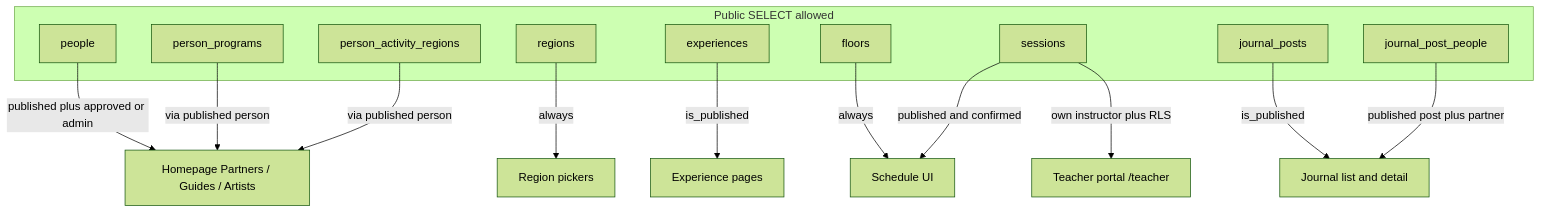
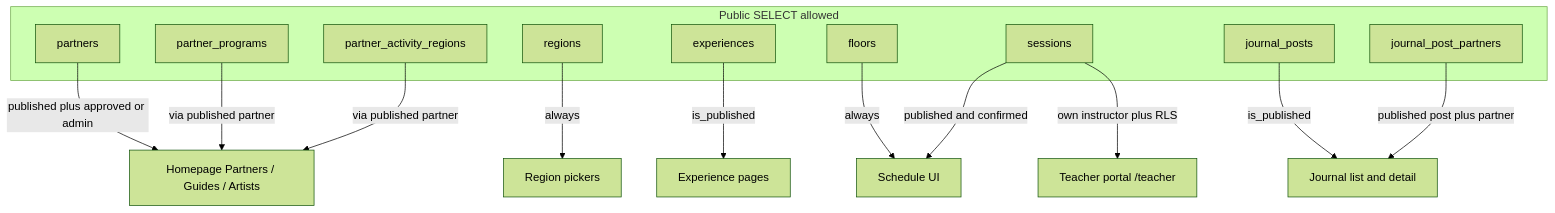
The third of 3 diagrams in docs/database-erd.md (greatgiho/thewellnesskorea), drawn with Mermaid (forest theme) before and after one commit. The commit also changed other lines of this file and 126 other files, not shown here.

First line of the commit message:
Rename people domain to partners and align app with migrations 019–022.

````diff
--- a/docs/database-erd.md
+++ b/docs/database-erd.md
@@ -305,25 +321,25 @@
 ```mermaid
 flowchart TD
     subgraph public_read [Public SELECT allowed]
-        P[people]
-        PP[person_programs]
-        PAR[person_activity_regions]
+        P[partners]
+        PP[partner_programs]
+        PAR[partner_activity_regions]
         R[regions]
         E[experiences]
         F[floors]
         S[sessions]
         JP[journal_posts]
-        JPP[journal_post_people]
+        JPP[journal_post_partners]
     end
 
     P -->|published plus approved or admin| HP[Homepage Partners / Guides / Artists]
-    PP -->|via published person| HP
-    PAR -->|via published person| HP
+    PP -->|via published partner| HP
+    PAR -->|via published partner| HP
     R -->|always| GEO[Region pickers]
     E -->|is_published| EXP[Experience pages]
     F -->|always| PS[Schedule UI]
     S -->|published and confirmed| PS
     S -->|own instructor plus RLS| TP[Teacher portal /teacher]
     JP -->|is_published| JU[Journal list and detail]
     JPP -->|published post plus partner| JU
 ```
````
